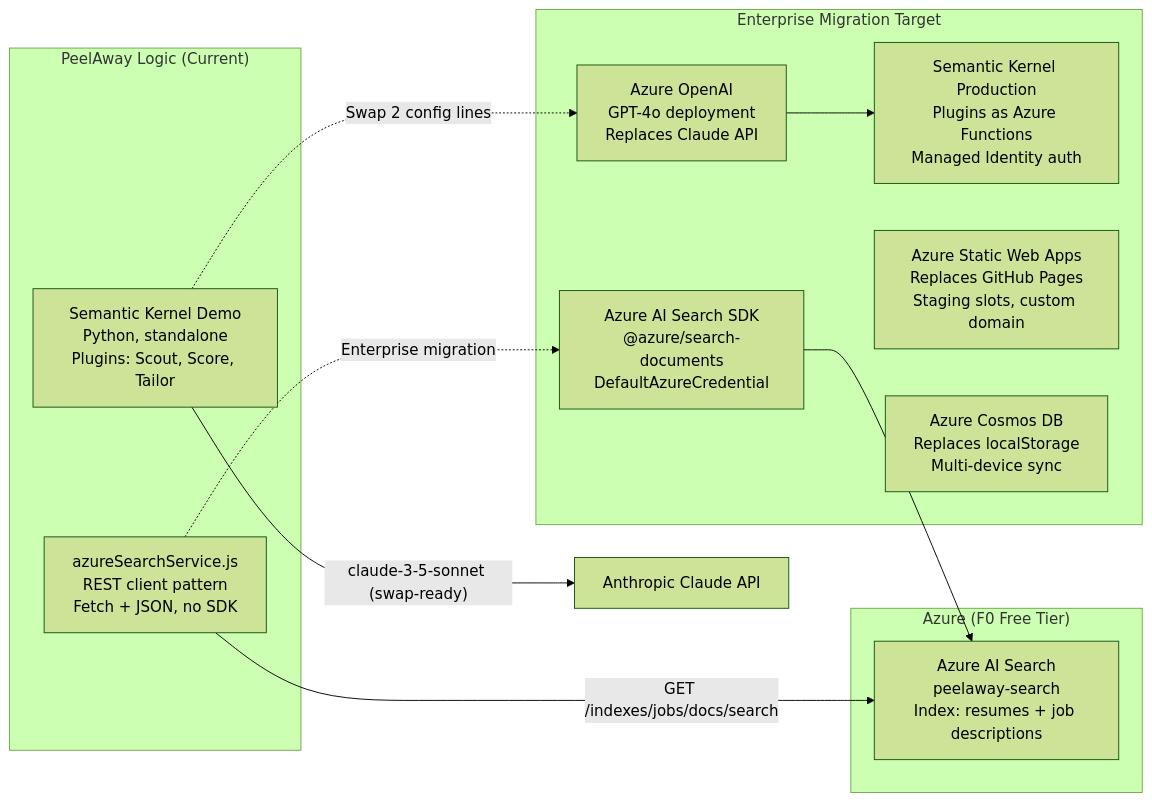
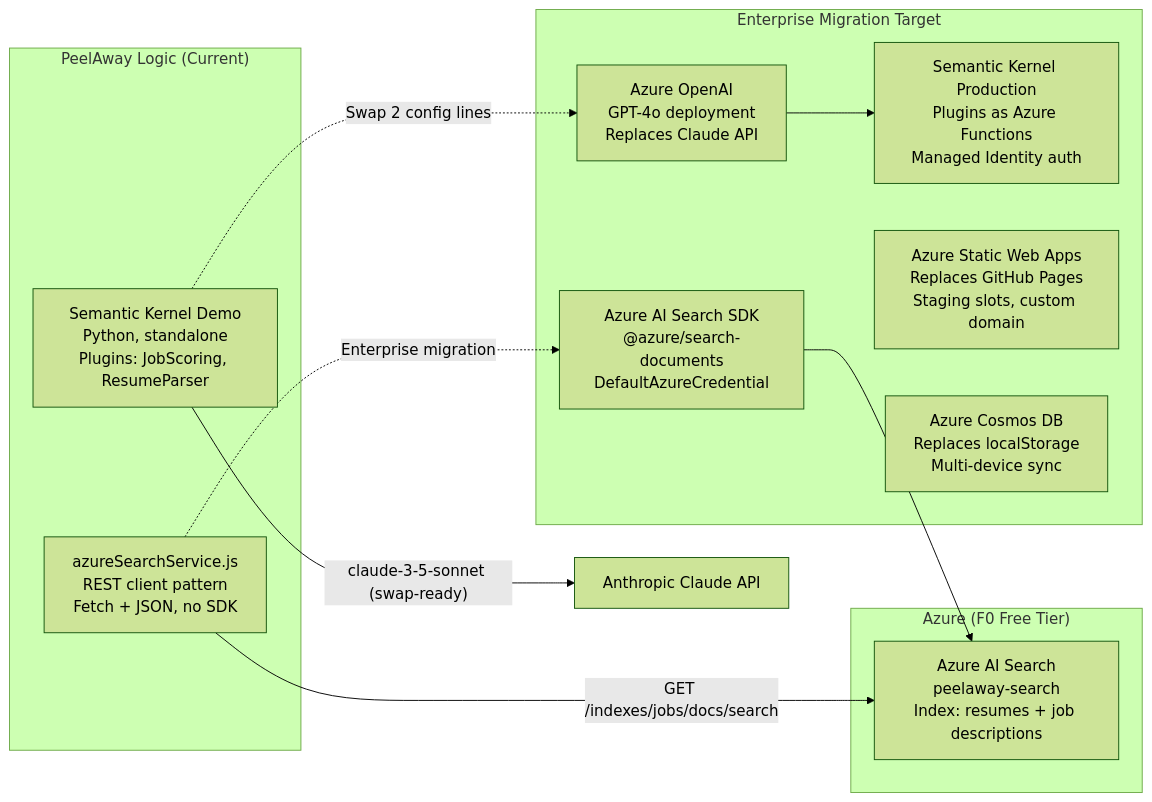
Before and after one commit to CarmenReed/AI-Claude-Code-Ecosystem: the fourth of 5 diagrams in peelaway-logic/docs/architecture/ARCHITECTURE.md, drawn with Mermaid (forest theme). The commit also changed other lines of this file and 12 other files, not shown here.

````diff
--- a/peelaway-logic/docs/architecture/ARCHITECTURE.md
+++ b/peelaway-logic/docs/architecture/ARCHITECTURE.md
@@ -120,27 +108,27 @@
 ```mermaid
 graph LR
     subgraph PeelAway_Current["PeelAway Logic (Current)"]
         AzureClient["azureSearchService.js\nREST client pattern\nFetch + JSON, no SDK"]
-        SKDemo["Semantic Kernel Demo\nPython, standalone\nPlugins: Scout, Score, Tailor"]
+        SKDemo["Semantic Kernel Demo\nPython, standalone\nPlugins: JobScoring, ResumeParser"]
     end
 
     subgraph Azure_Current["Azure (F0 Free Tier)"]
         SearchIndex["Azure AI Search\npeelaway-search\nIndex: resumes + job descriptions"]
     end
 
     subgraph Azure_Enterprise["Enterprise Migration Target"]
         SearchSDK["Azure AI Search SDK\n@azure/search-documents\nDefaultAzureCredential"]
         AOAI["Azure OpenAI\nGPT-4o deployment\nReplaces Claude API"]
         SKProd["Semantic Kernel Production\nPlugins as Azure Functions\nManaged Identity auth"]
         StaticWebApp["Azure Static Web Apps\nReplaces GitHub Pages\nStaging slots, custom domain"]
         CosmosDB["Azure Cosmos DB\nReplaces localStorage\nMulti-device sync"]
     end
 
     AzureClient -->|"GET /indexes/jobs/docs/search"| SearchIndex
     SKDemo -->|"claude-3-5-sonnet (swap-ready)"| ClaudeAPI["Anthropic Claude API"]
 
     AzureClient -.->|"Enterprise migration"| SearchSDK
     SKDemo -.->|"Swap 2 config lines"| AOAI
     SearchSDK --> SearchIndex
     AOAI --> SKProd
 ```
````
